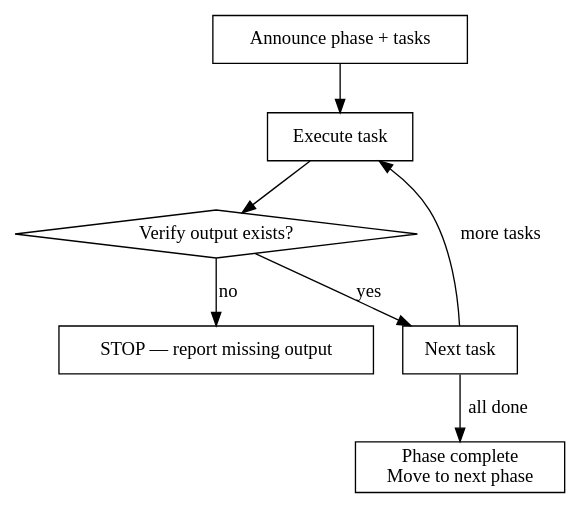
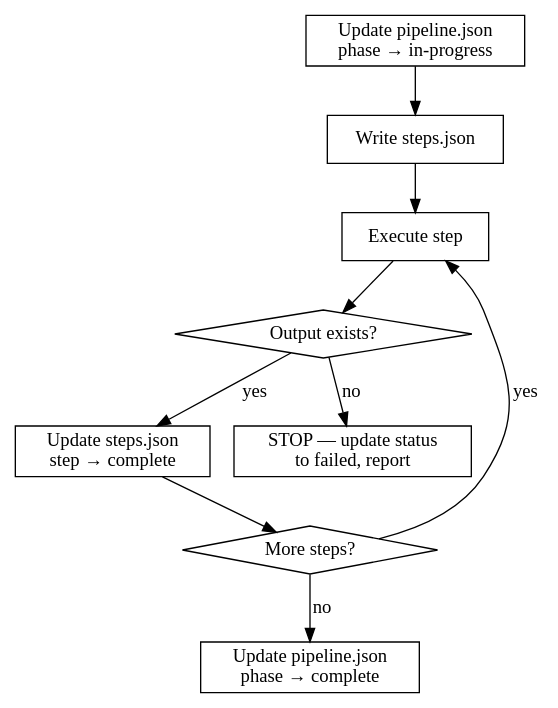
The diagram in shield/skills/general/execute-steps/SKILL.md (infraspecdev/tesseract), drawn with Graphviz before and after one commit. The commit also changed other lines of this file, not shown here.

First line of the commit message:
refactor: add state tracking and resume support to execute-steps

````diff
--- a/shield/skills/general/execute-steps/SKILL.md
+++ b/shield/skills/general/execute-steps/SKILL.md
@@ -93,20 +138,24 @@
 ```dot
 digraph execute {
     rankdir=TB;
     node [shape=box];
 
-    announce [label="Announce phase + tasks"];
-    execute [label="Execute task"];
-    verify [label="Verify output exists?" shape=diamond];
-    next [label="Next task"];
-    fail [label="STOP — report missing output"];
-    phase_done [label="Phase complete\nMove to next phase"];
+    update_pipeline [label="Update pipeline.json\nphase → in-progress"];
+    write_steps [label="Write steps.json"];
+    execute [label="Execute step"];
+    update_step [label="Update steps.json\nstep → complete"];
+    verify [label="Output exists?" shape=diamond];
+    fail [label="STOP — update status\nto failed, report"];
+    next [label="More steps?" shape=diamond];
+    phase_done [label="Update pipeline.json\nphase → complete"];
 
-    announce -> execute;
+    update_pipeline -> write_steps;
+    write_steps -> execute;
     execute -> verify;
-    verify -> next [label="yes"];
+    verify -> update_step [label="yes"];
     verify -> fail [label="no"];
-    next -> execute [label="more tasks"];
-    next -> phase_done [label="all done"];
+    update_step -> next;
+    next -> execute [label="yes"];
+    next -> phase_done [label="no"];
 }
 ```
````
